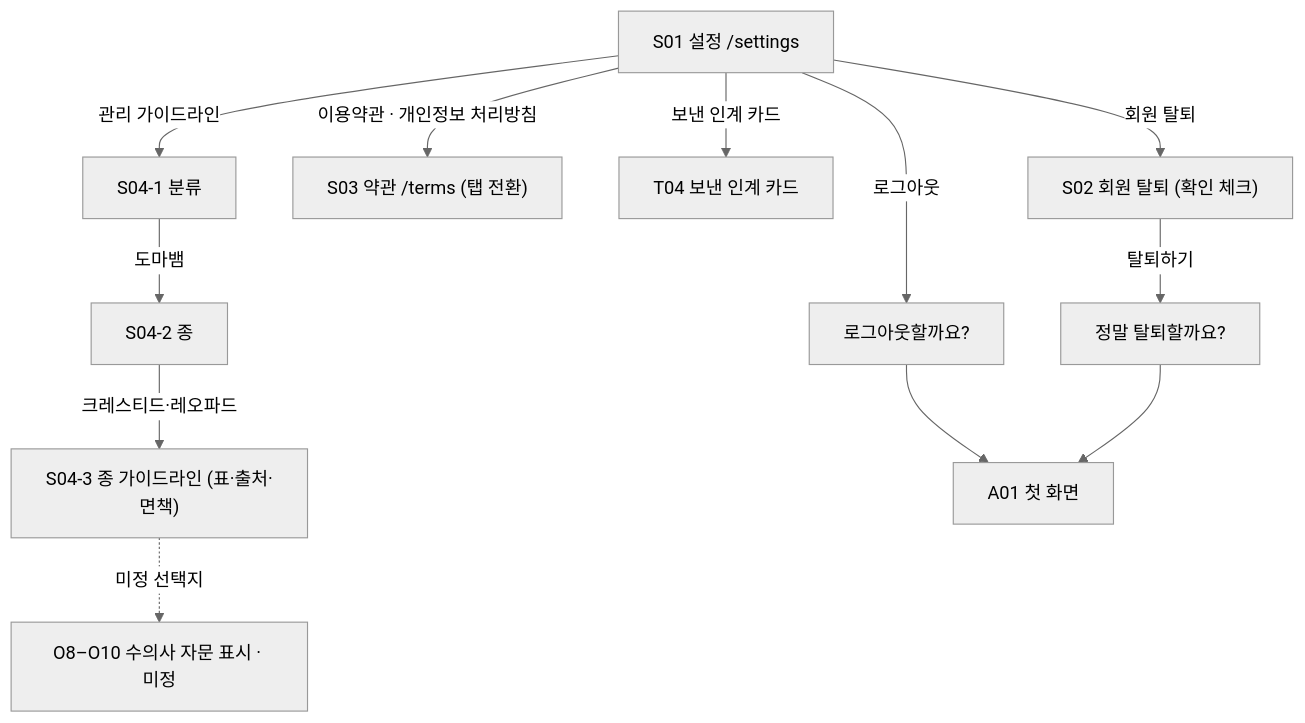
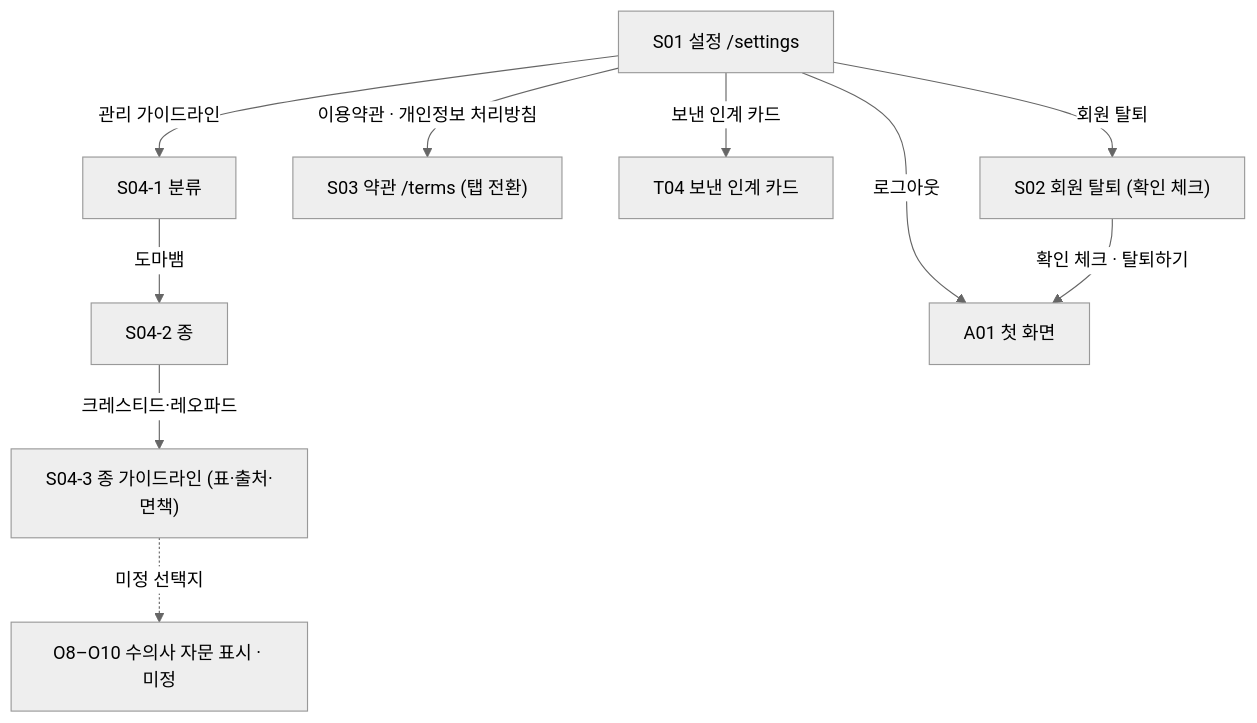
One commit to PABOM-team/frontend changed the sixth of 8 diagrams in docs/screen-flow.md. Above: the diagram before and after it, drawn with Mermaid (neutral theme). The commit also changed other lines of this file, not shown here.

````diff
--- a/docs/screen-flow.md
+++ b/docs/screen-flow.md
@@ -181,15 +180,13 @@
 ```mermaid
 flowchart TD
   S01["S01 설정 /settings"]
   S01 -->|관리 가이드라인| S041["S04-1 분류"]
   S041 -->|도마뱀| S042["S04-2 종"]
   S042 -->|크레스티드·레오파드| S043["S04-3 종 가이드라인 (표·출처·면책)"]
   S043 -.->|미정 선택지| O810["O8–O10 수의사 자문 표시 · 미정"]
   S01 -->|이용약관 · 개인정보 처리방침| S03["S03 약관 /terms (탭 전환)"]
   S01 -->|보낸 인계 카드| T04["T04 보낸 인계 카드"]
-  S01 -->|로그아웃| LO["로그아웃할까요?"]
-  LO --> A01["A01 첫 화면"]
+  S01 -->|로그아웃| A01["A01 첫 화면"]
   S01 -->|회원 탈퇴| S02["S02 회원 탈퇴 (확인 체크)"]
-  S02 -->|탈퇴하기| S02C["정말 탈퇴할까요?"]
-  S02C --> A01
+  S02 -->|확인 체크 · 탈퇴하기| A01
 ```
````
